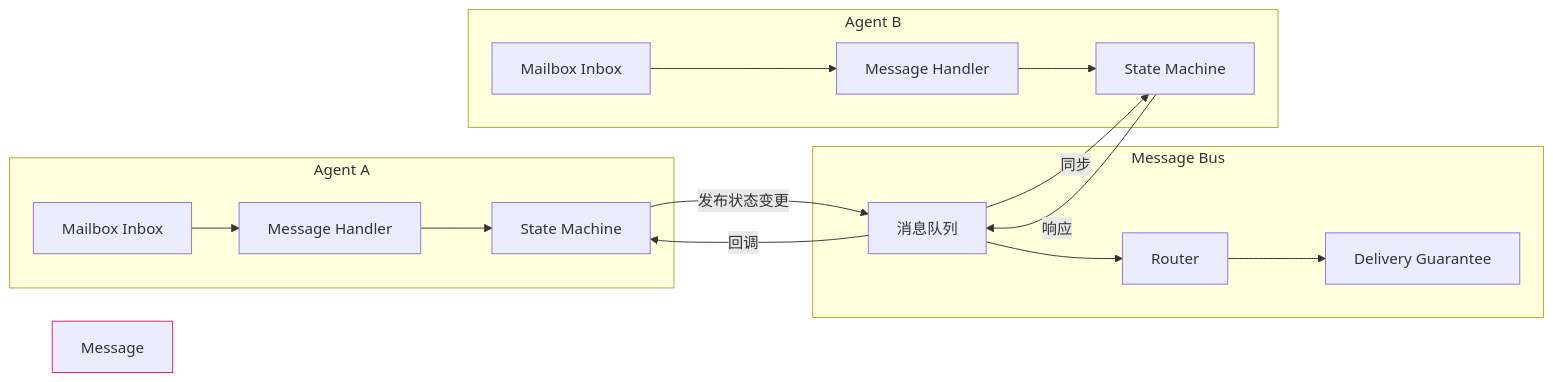
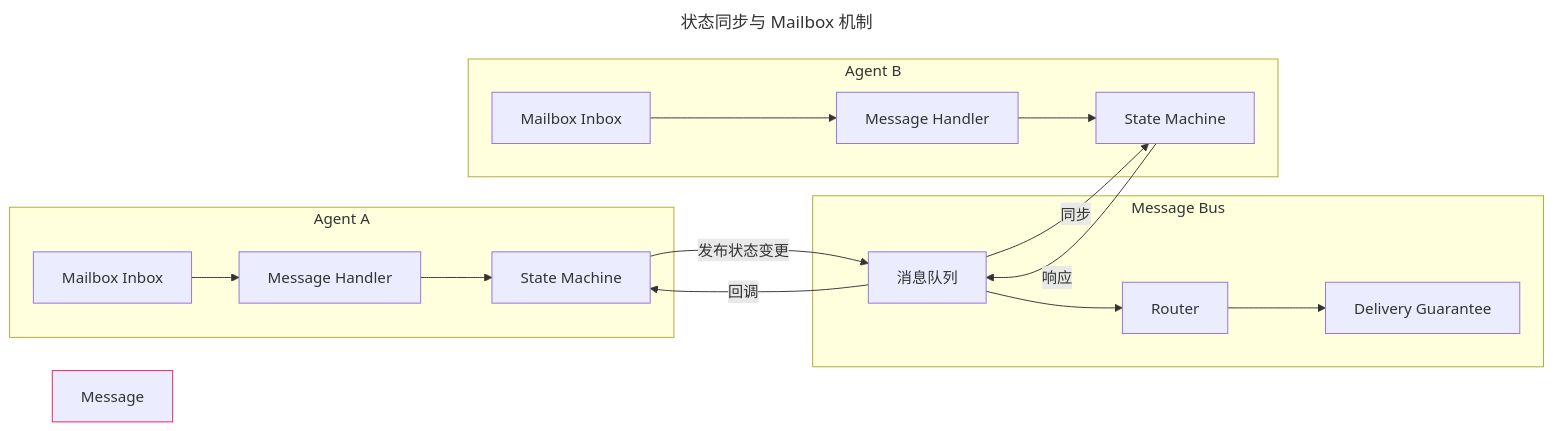
One commit to Taotie2002/claude-code-deep-dive changed diagram 13 of 15 in docs/06-data-flow.md. Above: the diagram before and after it, drawn with Mermaid. The commit also changed other lines of this file and 12 other files, not shown here.

````diff
--- a/docs/06-data-flow.md
+++ b/docs/06-data-flow.md
@@ -277,24 +313,27 @@
 ```mermaid
+---
+title: 状态同步与 Mailbox 机制
+---
 flowchart LR
     subgraph Agent A
         A1[Mailbox Inbox] --> A2[Message Handler]
         A2 --> A3[State Machine]
     end
 
     subgraph Message Bus
         B1[消息队列] --> B2[Router]
         B2 --> B3[Delivery Guarantee]
     end
 
     subgraph Agent B
         C1[Mailbox Inbox] --> C2[Message Handler]
         C2 --> C3[State Machine]
     end
 
     A3 -->|发布状态变更| B1
     B1 -->|同步| C3
     C3 -->|响应| B1
     B1 -->|回调| A3
 
     style Message Bus fill:#fce4ec,stroke:#e91e63
 ```
````
